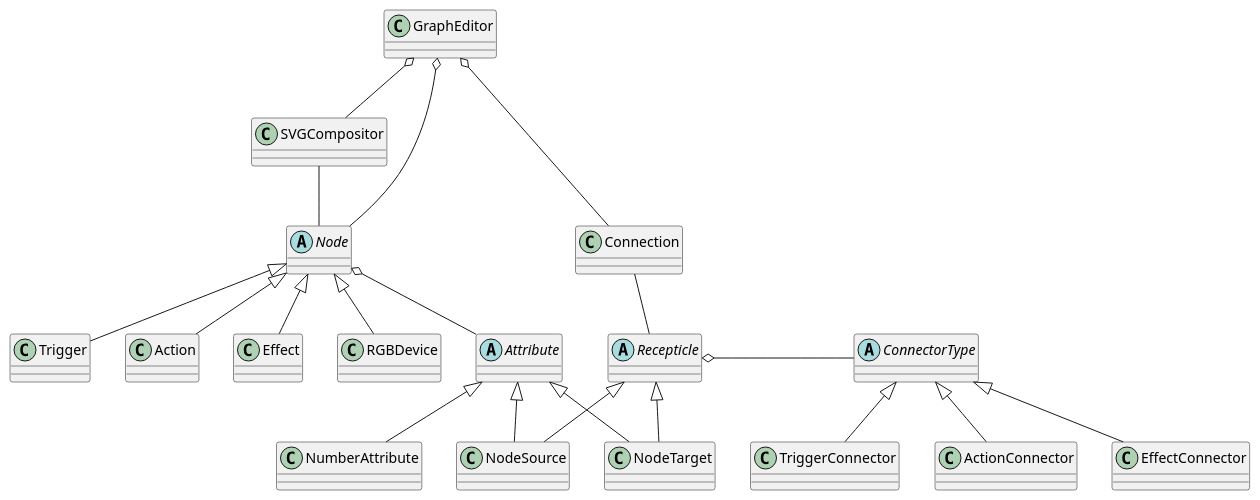
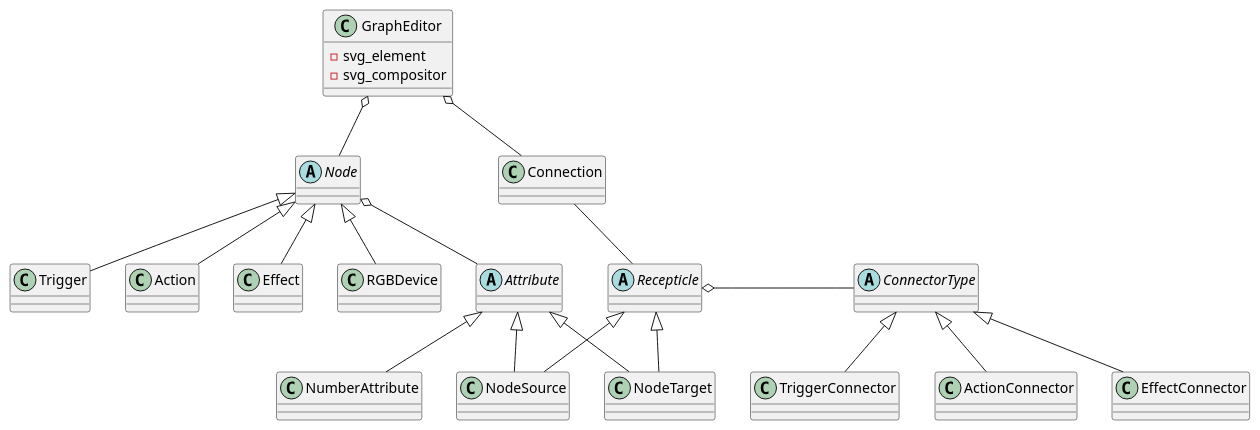
One commit to JE-FH/RGBStudio changed the diagram in src/RGBStudio/frontend/ts/GraphEditor/architecture.puml. Above: the diagram before and after it, drawn with PlantUML. The commit also changed 39 other files, not shown here.

Commit message:
Made many changes for the node editor - SVGCompositor is now mostly done - TriggerFactory can now dynamically create triggers

```diff
--- a/src/RGBStudio/frontend/ts/GraphEditor/architecture.puml
+++ b/src/RGBStudio/frontend/ts/GraphEditor/architecture.puml
@@ -1,37 +1,38 @@
 @startuml "Visual layer"
 abstract Node
 abstract Attribute
 abstract ConnectorType
 abstract Recepticle
-class GraphEditor
+class GraphEditor {
+	- svg_element
+	- svg_compositor
+}
 class Trigger
 class Action
 class Effect
 class RGBDevice
 class Connection
 class NodeSource
 class NodeTarget
 class NumberAttribute
 class TriggerConnector
 class ActionConnector
 class EffectConnector
-SVGCompositor -- Node
 GraphEditor o-- Node
 GraphEditor o-- Connection
-GraphEditor o-- SVGCompositor
 Node o-- Attribute
 Node <|-- Trigger
 Node <|-- Action
 Node <|-- Effect
 Node <|-- RGBDevice
 Connection -- Recepticle
 Recepticle o- ConnectorType
 Recepticle <|-- NodeTarget
 Recepticle <|-- NodeSource
 ConnectorType <|-- TriggerConnector
 ConnectorType <|-- ActionConnector
 ConnectorType <|-- EffectConnector
 Attribute <|-- NumberAttribute
 Attribute <|-- NodeSource
 Attribute <|-- NodeTarget
 @enduml
```
